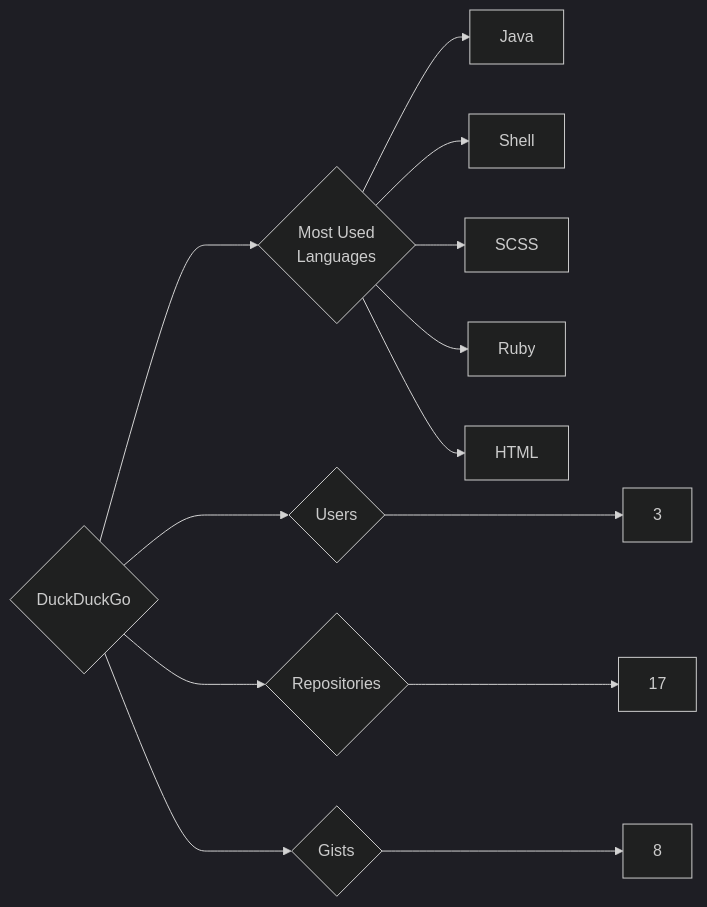
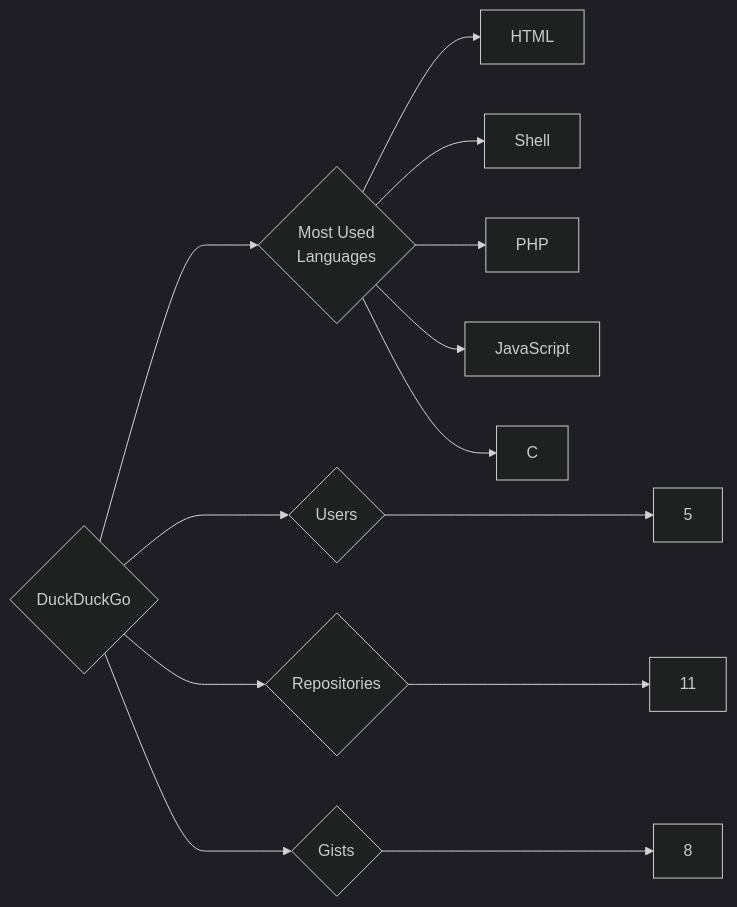
Before and after one commit to trickest/insiders: the diagram in targets/DuckDuckGo/README.md, drawn with Mermaid (dark theme). The commit also changed 1055 other files, not shown here.

````diff
--- a/targets/DuckDuckGo/README.md
+++ b/targets/DuckDuckGo/README.md
@@ -3,13 +3,13 @@
 ```mermaid
 graph LR
 COMPANY_NAME{DuckDuckGo}
-COMPANY_NAME ---> U{Users} ---> UN[3]
-COMPANY_NAME ---> R{Repositories} ---> RN[17]
+COMPANY_NAME ---> U{Users} ---> UN[5]
+COMPANY_NAME ---> R{Repositories} ---> RN[11]
 COMPANY_NAME ---> G{Gists} ---> GN[8]
 COMPANY_NAME ---> ML{Most Used<br>Languages}
-ML --> Java[Java]
+ML --> HTML[HTML]
 ML --> Shell[Shell]
-ML --> SCSS[SCSS]
-ML --> Ruby[Ruby]
-ML --> HTML[HTML]
+ML --> PHP[PHP]
+ML --> JavaScript[JavaScript]
+ML --> C[C]
 ```
````
